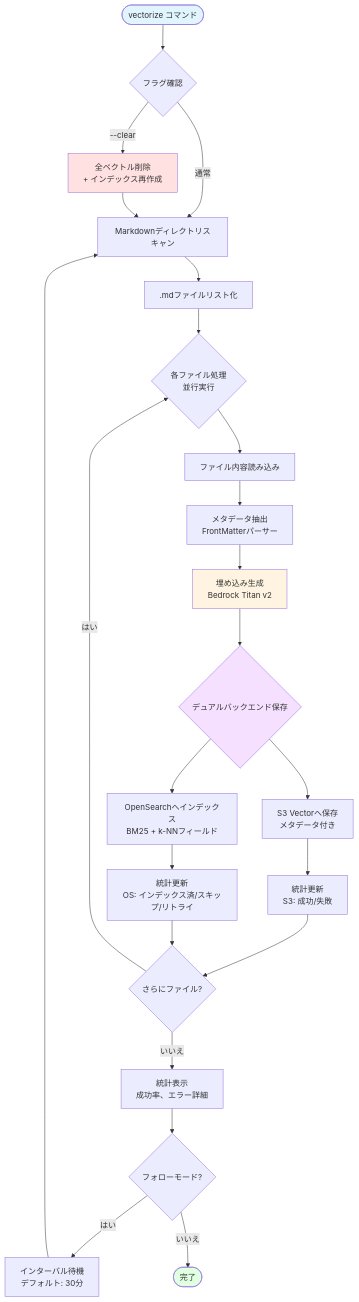
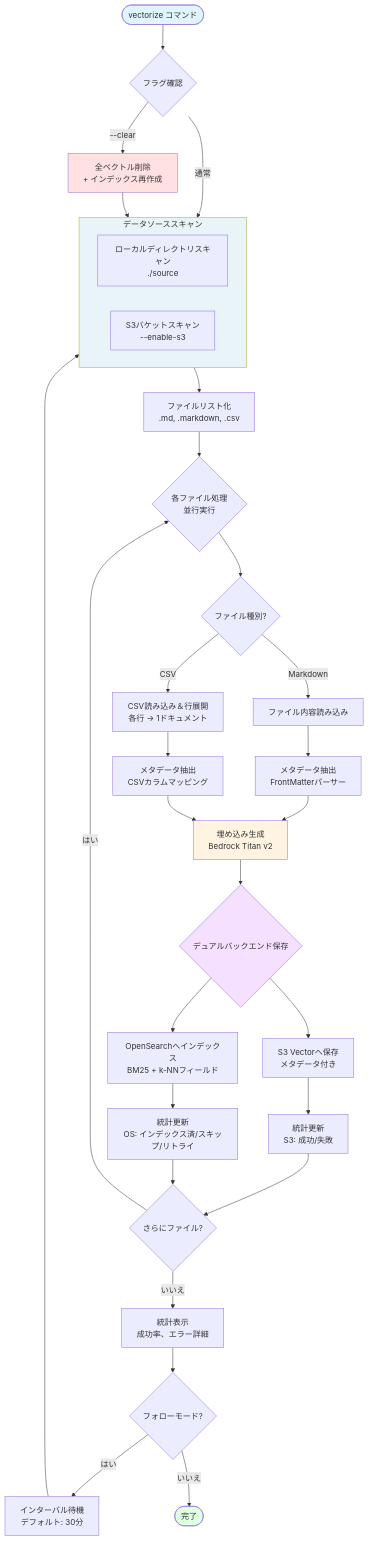
One commit to ca-srg/ragent changed the sixth of 6 diagrams in README_ja.md. Above: the diagram before and after it, drawn with Mermaid. The commit also changed other lines of this file and 39 other files, not shown here.

````diff
--- a/README_ja.md
+++ b/README_ja.md
@@ -277,41 +284,54 @@
 ```mermaid
 flowchart TD
     Start([vectorize コマンド]) --> CheckFlags{フラグ確認}
 
     CheckFlags -->|--clear| Clear[全ベクトル削除<br/>+ インデックス再作成]
-    CheckFlags -->|通常| Scan
-    Clear --> Scan
+    CheckFlags -->|通常| ScanSources
+    Clear --> ScanSources
 
-    Scan[Markdownディレクトリスキャン] --> Files[.mdファイルリスト化]
+    subgraph ScanSources[データソーススキャン]
+        LocalScan[ローカルディレクトリスキャン<br/>./source]
+        S3Scan[S3バケットスキャン<br/>--enable-s3]
+    end
+
+    ScanSources --> Files[ファイルリスト化<br/>.md, .markdown, .csv]
 
     Files --> Loop{各ファイル処理<br/>並行実行}
 
-    Loop --> Read[ファイル内容読み込み]
-    Read --> Extract[メタデータ抽出<br/>FrontMatterパーサー]
+    Loop --> FileType{ファイル種別?}
+
+    FileType -->|Markdown| ReadMD[ファイル内容読み込み]
+    FileType -->|CSV| ReadCSV[CSV読み込み＆行展開<br/>各行 → 1ドキュメント]
+
+    ReadMD --> Extract[メタデータ抽出<br/>FrontMatterパーサー]
+    ReadCSV --> ExtractCSV[メタデータ抽出<br/>CSVカラムマッピング]
+
     Extract --> Embed[埋め込み生成<br/>Bedrock Titan v2]
+    ExtractCSV --> Embed
 
     Embed --> Dual{デュアルバックエンド保存}
 
-    Dual --> S3[S3 Vectorへ保存<br/>メタデータ付き]
+    Dual --> S3Store[S3 Vectorへ保存<br/>メタデータ付き]
     Dual --> OSIndex[OpenSearchへインデックス<br/>BM25 + k-NNフィールド]
 
-    S3 --> Stats1[統計更新<br/>S3: 成功/失敗]
+    S3Store --> Stats1[統計更新<br/>S3: 成功/失敗]
     OSIndex --> Stats2[統計更新<br/>OS: インデックス済/スキップ/リトライ]
 
     Stats1 --> Check{さらにファイル?}
     Stats2 --> Check
 
     Check -->|はい| Loop
     Check -->|いいえ| Report[統計表示<br/>成功率、エラー詳細]
 
     Report --> Follow{フォローモード?}
     Follow -->|はい| Wait[インターバル待機<br/>デフォルト: 30分]
-    Wait --> Scan
+    Wait --> ScanSources
     Follow -->|いいえ| End([完了])
 
     style Start fill:#e1f5ff
     style Clear fill:#ffe1e1
+    style ScanSources fill:#e8f4f8
     style Embed fill:#fff4e1
     style Dual fill:#f5e1ff
     style End fill:#e1ffe1
 ```
````
